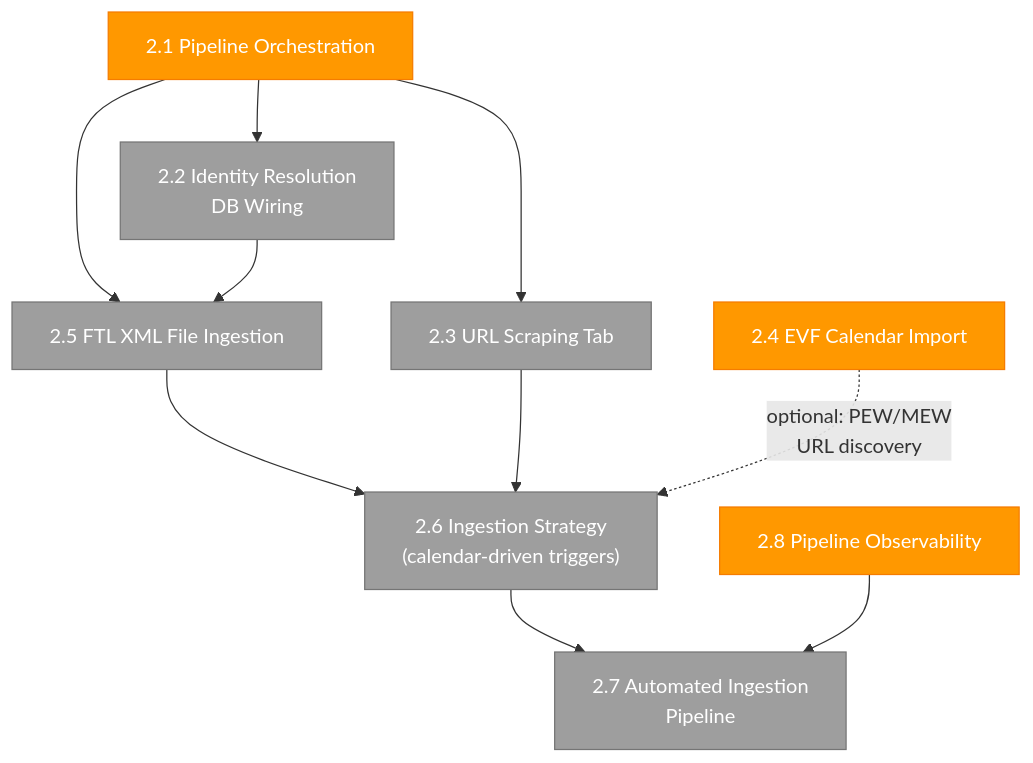
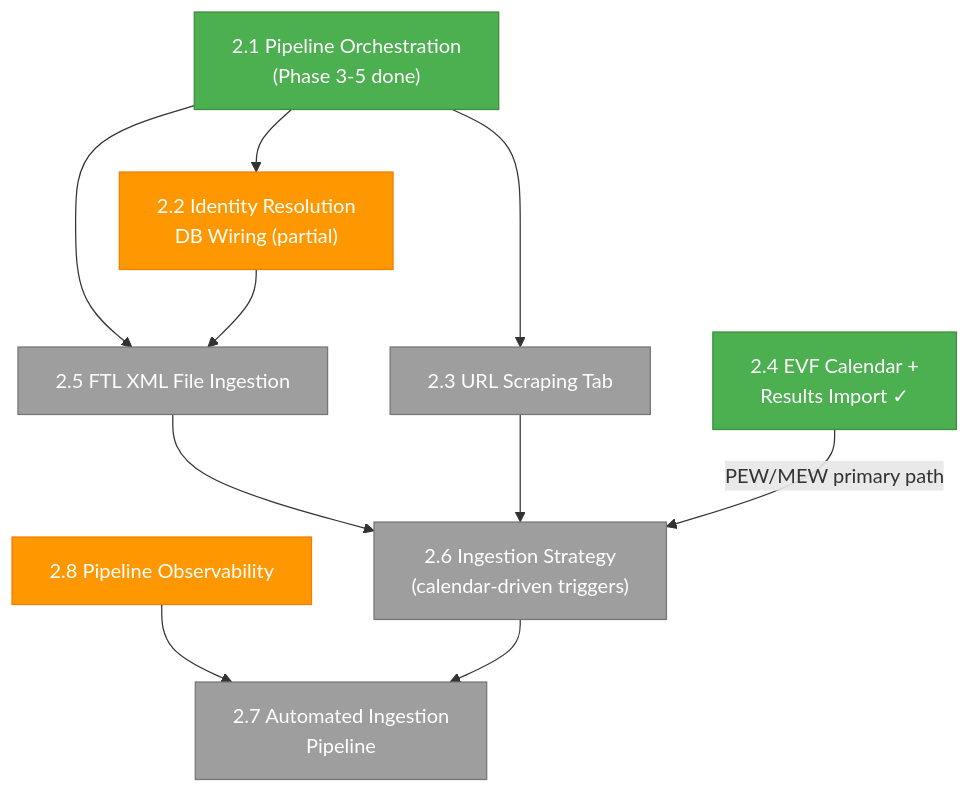
One commit to Fencer4Life/spws-automated-ranklist changed the sixth of 6 diagrams in doc/Go-to-PROD.md. Above: the diagram before and after it, drawn with Mermaid. The commit also changed other lines of this file, not shown here.

First line of the commit message:
Update Go-to-PROD test counts (696 total), clean up PEW10 from PROD

````diff
--- a/doc/Go-to-PROD.md
+++ b/doc/Go-to-PROD.md
@@ -321,24 +336,25 @@
 ```mermaid
 flowchart TD
+    classDef done fill:#4caf50,color:#fff,stroke:#388e3c
     classDef ready fill:#ff9800,color:#fff,stroke:#f57c00
     classDef blocked fill:#9e9e9e,color:#fff,stroke:#757575
 
-    ORCH["2.1 Pipeline Orchestration"]:::ready
-    IDRES["2.2 Identity Resolution\nDB Wiring"]:::blocked
+    ORCH["2.1 Pipeline Orchestration\n(Phase 3-5 done)"]:::done
+    IDRES["2.2 Identity Resolution\nDB Wiring (partial)"]:::ready
     URL["2.3 URL Scraping Tab"]:::blocked
-    EVF["2.4 EVF Calendar Import"]:::ready
+    EVF["2.4 EVF Calendar +\nResults Import ✓"]:::done
     FTL["2.5 FTL XML File Ingestion"]:::blocked
     STRAT["2.6 Ingestion Strategy\n(calendar-driven triggers)"]:::blocked
     AUTO["2.7 Automated Ingestion\nPipeline"]:::blocked
     OBS["2.8 Pipeline Observability"]:::ready
 
     ORCH --> IDRES
     ORCH --> URL
     ORCH --> FTL
     IDRES --> FTL
     FTL --> STRAT
     URL --> STRAT
+    EVF -->|"PEW/MEW primary path"| STRAT
+    OBS --> AUTO
     STRAT --> AUTO
-    OBS --> AUTO
-    EVF -.->|"optional: PEW/MEW\nURL discovery"| STRAT
 ```
````
